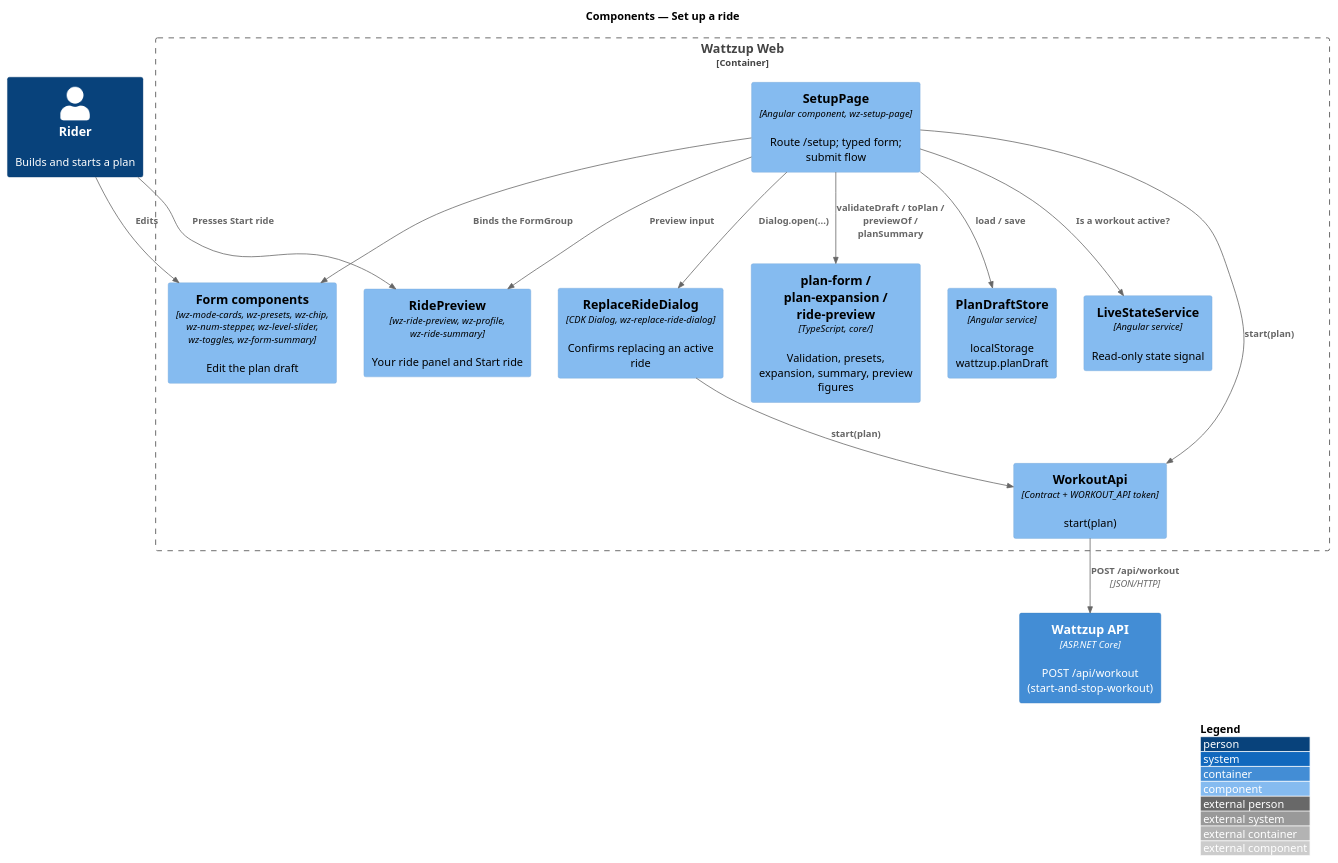
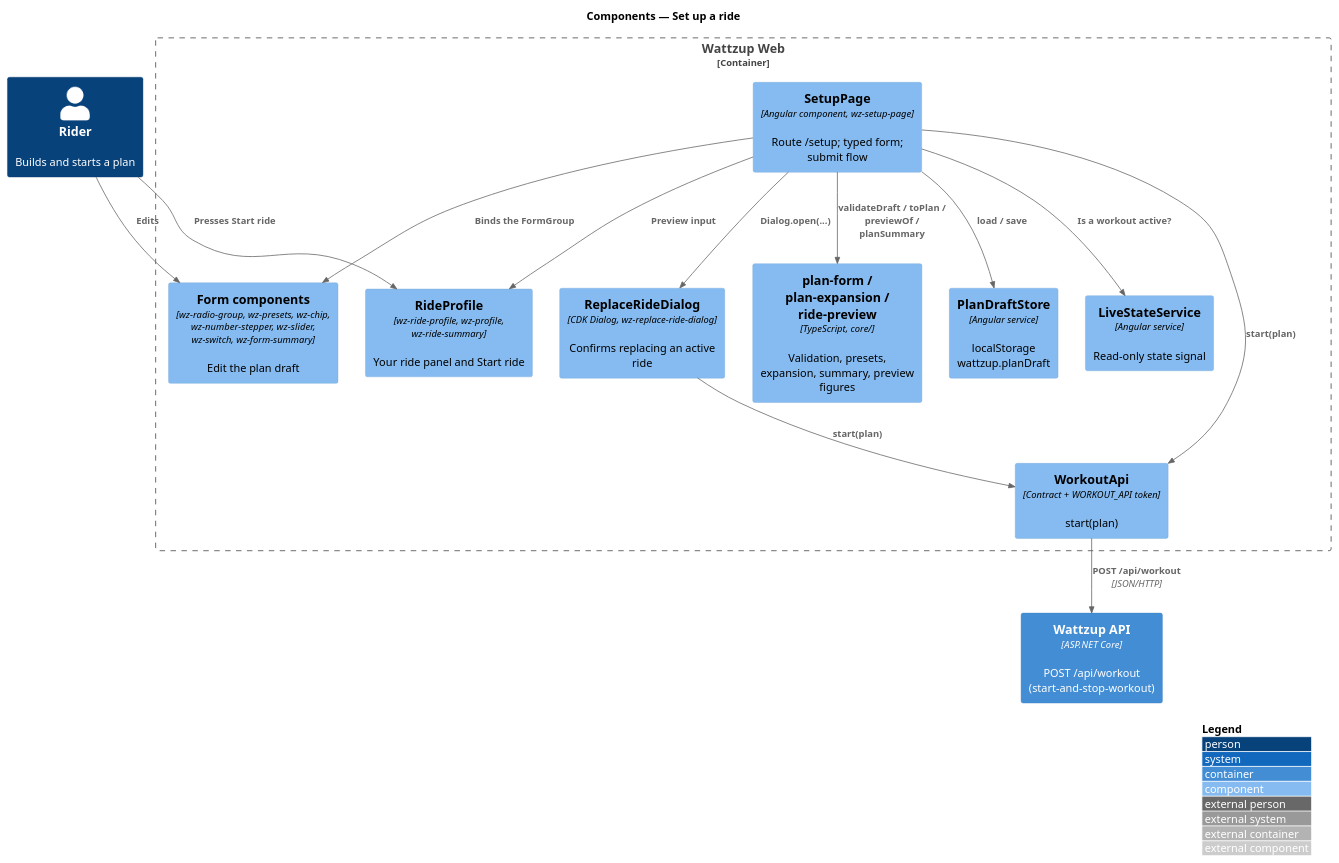
The diagram in docs/detailed-designs/workouts/set-up-ride/diagrams/c4-component.puml (QuinntyneBrown/ride-one), drawn with PlantUML before and after one commit. The commit also changed 58 other files, not shown here.

```diff
--- a/docs/detailed-designs/workouts/set-up-ride/diagrams/c4-component.puml
+++ b/docs/detailed-designs/workouts/set-up-ride/diagrams/c4-component.puml
@@ -1,30 +1,30 @@
 @startuml
 !include <C4/C4_Component>
 LAYOUT_WITH_LEGEND()
 title Components — Set up a ride
 
 Person(rider, "Rider", "Builds and starts a plan")
 Container_Boundary(web, "Wattzup Web") {
   Component(page, "SetupPage", "Angular component, wz-setup-page", "Route /setup; typed form; submit flow")
-  Component(form, "Form components", "wz-mode-cards, wz-presets, wz-chip, wz-num-stepper, wz-level-slider, wz-toggles, wz-form-summary", "Edit the plan draft")
-  Component(preview, "RidePreview", "wz-ride-preview, wz-profile, wz-ride-summary", "Your ride panel and Start ride")
+  Component(form, "Form components", "wz-radio-group, wz-presets, wz-chip, wz-number-stepper, wz-slider, wz-switch, wz-form-summary", "Edit the plan draft")
+  Component(preview, "RideProfile", "wz-ride-profile, wz-profile, wz-ride-summary", "Your ride panel and Start ride")
   Component(dialog, "ReplaceRideDialog", "CDK Dialog, wz-replace-ride-dialog", "Confirms replacing an active ride")
   Component(rules, "plan-form / plan-expansion / ride-preview", "TypeScript, core/", "Validation, presets, expansion, summary, preview figures")
   Component(draft, "PlanDraftStore", "Angular service", "localStorage wattzup.planDraft")
   Component(live, "LiveStateService", "Angular service", "Read-only state signal")
   Component(wapi, "WorkoutApi", "Contract + WORKOUT_API token", "start(plan)")
 }
 Container(api, "Wattzup API", "ASP.NET Core", "POST /api/workout (start-and-stop-workout)")
 
 Rel(rider, form, "Edits")
 Rel(rider, preview, "Presses Start ride")
 Rel(page, form, "Binds the FormGroup")
 Rel(page, rules, "validateDraft / toPlan / previewOf / planSummary")
 Rel(page, preview, "Preview input")
 Rel(page, draft, "load / save")
 Rel(page, live, "Is a workout active?")
 Rel(page, dialog, "Dialog.open(...)")
 Rel(page, wapi, "start(plan)")
 Rel(dialog, wapi, "start(plan)")
 Rel(wapi, api, "POST /api/workout", "JSON/HTTP")
 @enduml
```
